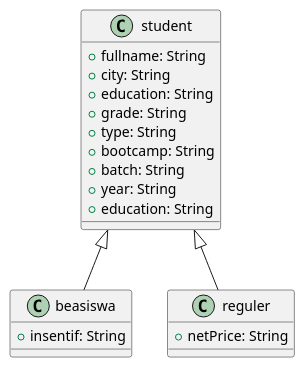
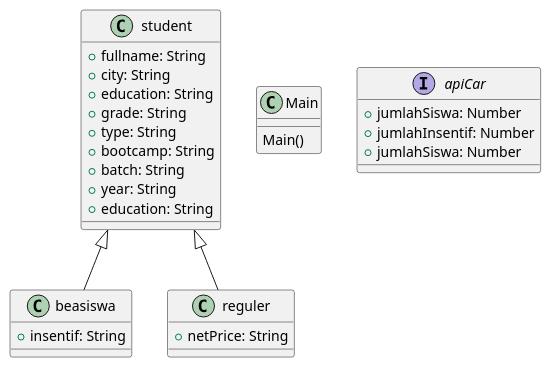
The diagram in Week1/Day3/05-quis/student.puml (raismdipraja/day1), drawn with PlantUML before and after one commit. The commit also changed 3 other files, not shown here.

```diff
--- a/Week1/Day3/05-quis/student.puml
+++ b/Week1/Day3/05-quis/student.puml
@@ -1,25 +1,36 @@
 @startuml classdiagram-bootcamp
 
 class student {
     +fullname: String
     +city: String
     +education: String
     +grade: String
     +type: String
     +bootcamp: String
     +batch: String
     +year: String
     +education: String  
 }
 
 class beasiswa extends student{
     +insentif: String
 
 }
 
 class reguler extends student{
     +netPrice: String
 
 }
 
+class Main {
+    Main()
+}
+
+interface apiCar{
+    +jumlahSiswa: Number
+    +jumlahInsentif: Number
+    +jumlahSiswa: Number
+}
+
+
 @enduml
```
